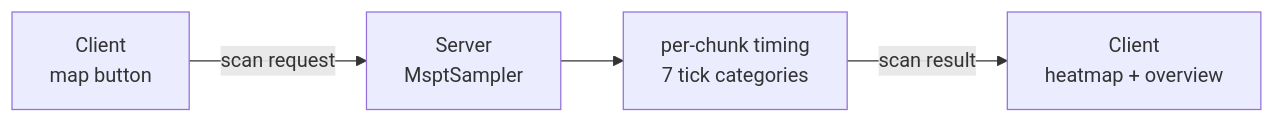
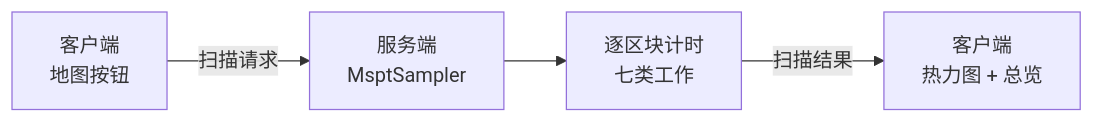
Before and after one commit to Drizzle379/MsptMap: the diagram in README.md, drawn with Mermaid. The commit also changed other lines of this file and 2 other files, not shown here.

````diff
--- a/README.md
+++ b/README.md
@@ -163,6 +163,6 @@
 ```mermaid
 flowchart LR
-    A["Client<br/>map button"] -->|scan request| B["Server<br/>MsptSampler"]
-    B --> C["per-chunk timing<br/>7 tick categories"]
-    C -->|scan result| D["Client<br/>heatmap + overview"]
+    A["客户端<br/>地图按钮"] -->|扫描请求| B["服务端<br/>MsptSampler"]
+    B --> C["逐区块计时<br/>七类工作"]
+    C -->|扫描结果| D["客户端<br/>热力图 + 总览"]
 ```
````
